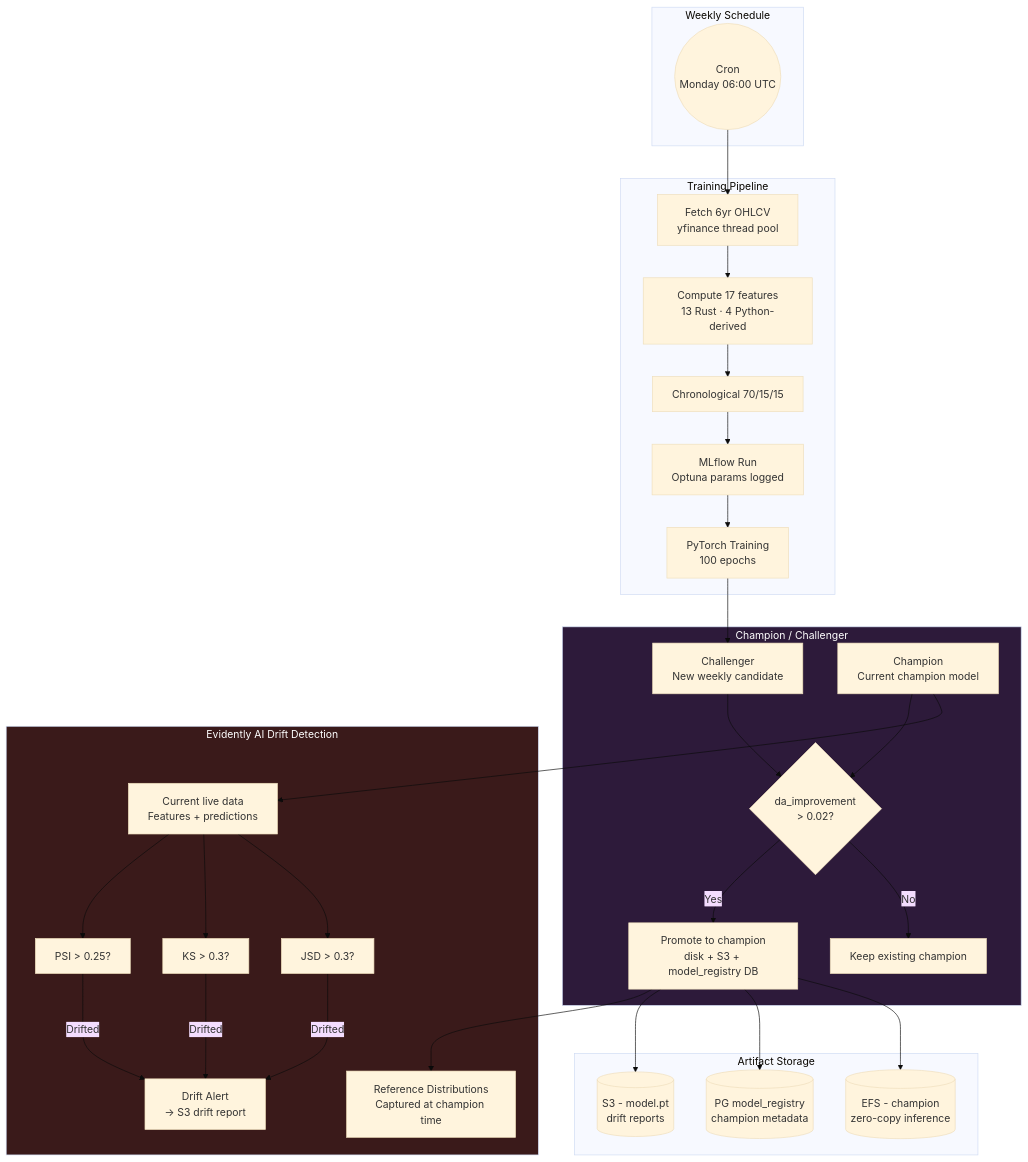
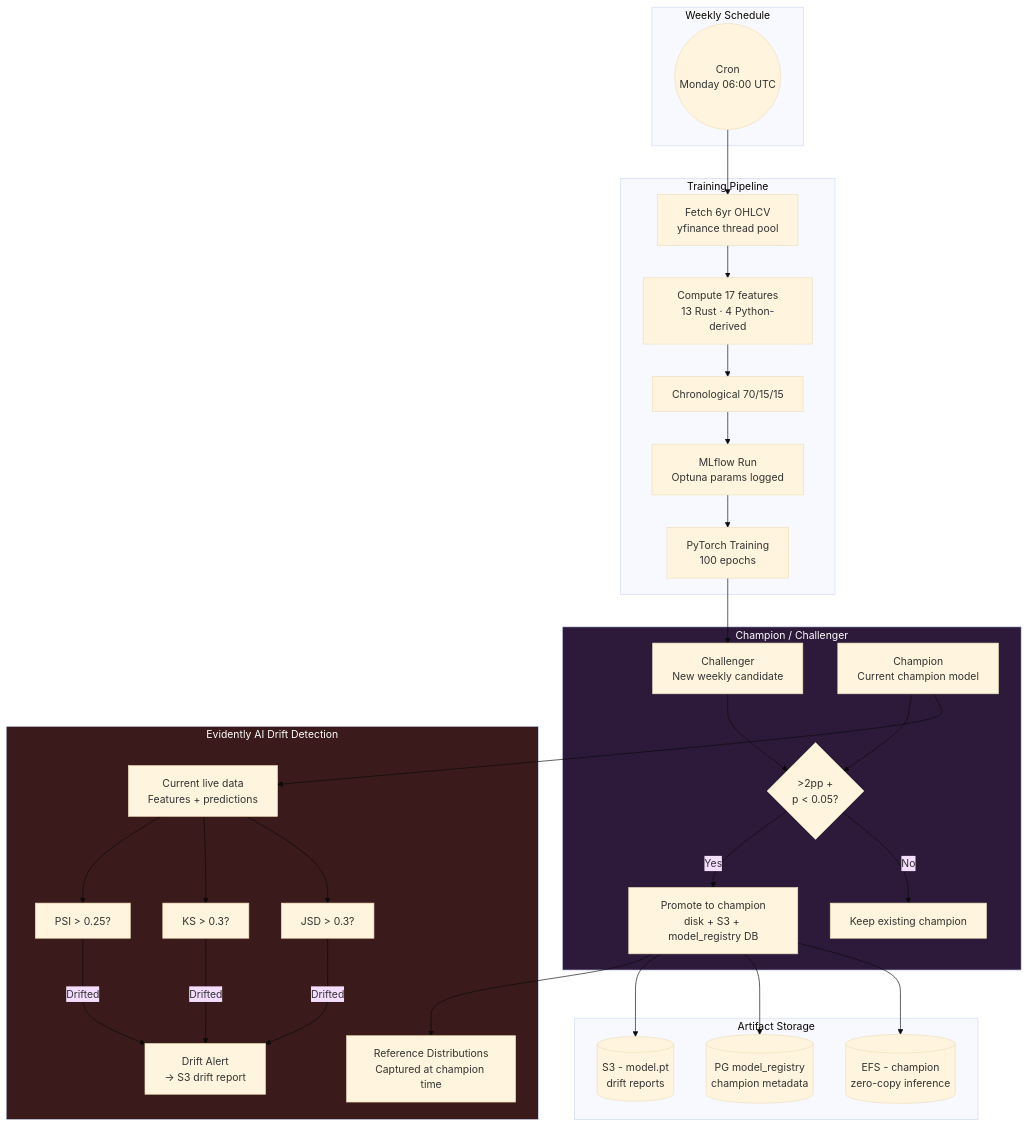
Before and after one commit to AhmedIkram05/stocklens: the seventh of 10 diagrams in docs/deep-dives.md, drawn with Mermaid (base theme). The commit also changed other lines of this file and 2 other files, not shown here.

Commit message:
docs: Update documentation for champion/challenger promotion logic
- Revised the README and context documentation to clarify the dual gate for challenger promotion, incorporating both effect size and statistical significance criteria.
- Enhanced descriptions of the weekly retraining DAG and champion promotion process to reflect the updated logic, ensuring accurate representation of model evaluation metrics.
- Updated deep dive documentation to align with recent changes in promotion decision criteria, improving clarity and understanding of the ML pipeline.

````diff
--- a/docs/deep-dives.md
+++ b/docs/deep-dives.md
@@ -574,67 +574,67 @@
 ```mermaid
 flowchart TB
     subgraph Weekly["Weekly Schedule"]
         START((Cron<br/>Monday 06:00 UTC))
     end
 
     subgraph Training["Training Pipeline"]
         FETCH[Fetch 6yr OHLCV<br/>yfinance thread pool]
         COMP[Compute 17 features<br/>13 Rust · 4 Python-derived]
         SPLIT[Chronological 70/15/15]
         MLFLOW[MLflow Run<br/>Optuna params logged]
         TRAINPT[PyTorch Training<br/>100 epochs]
     end
 
     subgraph Eval["Champion / Challenger"]
         CHAL[Challenger<br/>New weekly candidate]
         CHAMP[Champion<br/>Current champion model]
-        COMPARE{da_improvement<br/>> 0.02?}
+        COMPARE{>2pp +<br/>p < 0.05?}
         PROMOTE[Promote to champion<br/>disk + S3 + model_registry DB]
         SKIP[Keep existing champion]
     end
 
     subgraph Drift["Evidently AI Drift Detection"]
         REF[Reference Distributions<br/>Captured at champion time]
         CURRENT[Current live data<br/>Features + predictions]
         PSI[PSI > 0.25?]
         KS[KS > 0.3?]
         JS[JSD > 0.3?]
         ALERT[Drift Alert<br/>→ S3 drift report]
     end
 
     subgraph Storage["Artifact Storage"]
         S3[(S3 - model.pt<br/>drift reports)]
         DB[(PG model_registry<br/>champion metadata)]
         DISK[(EFS - champion<br/>zero-copy inference)]
     end
 
     START --> FETCH
     FETCH --> COMP
     COMP --> SPLIT
     SPLIT --> MLFLOW
     MLFLOW --> TRAINPT
 
     TRAINPT --> CHAL
     COMPARE -->|Yes| PROMOTE
     COMPARE -->|No| SKIP
 
     CHAL --> COMPARE
     CHAMP --> COMPARE
 
     PROMOTE --> REF
     CHAMP --> CURRENT
 
     CURRENT --> PSI
     CURRENT --> KS
     CURRENT --> JS
     PSI -->|Drifted| ALERT
     KS -->|Drifted| ALERT
     JS -->|Drifted| ALERT
 
     PROMOTE --> S3
     PROMOTE --> DB
     PROMOTE --> DISK
 
     style Eval fill:#2d1a3a,color:#fff
     style Drift fill:#3a1a1a,color:#fff
 ```
````
